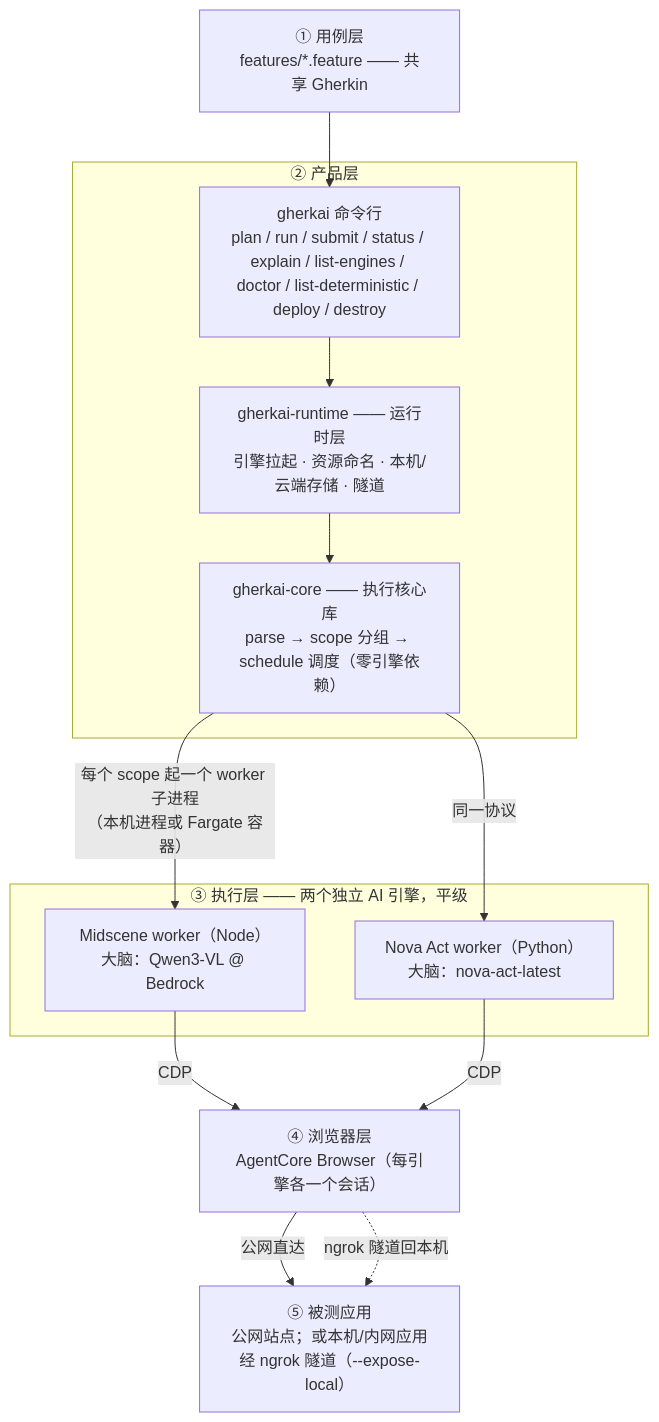
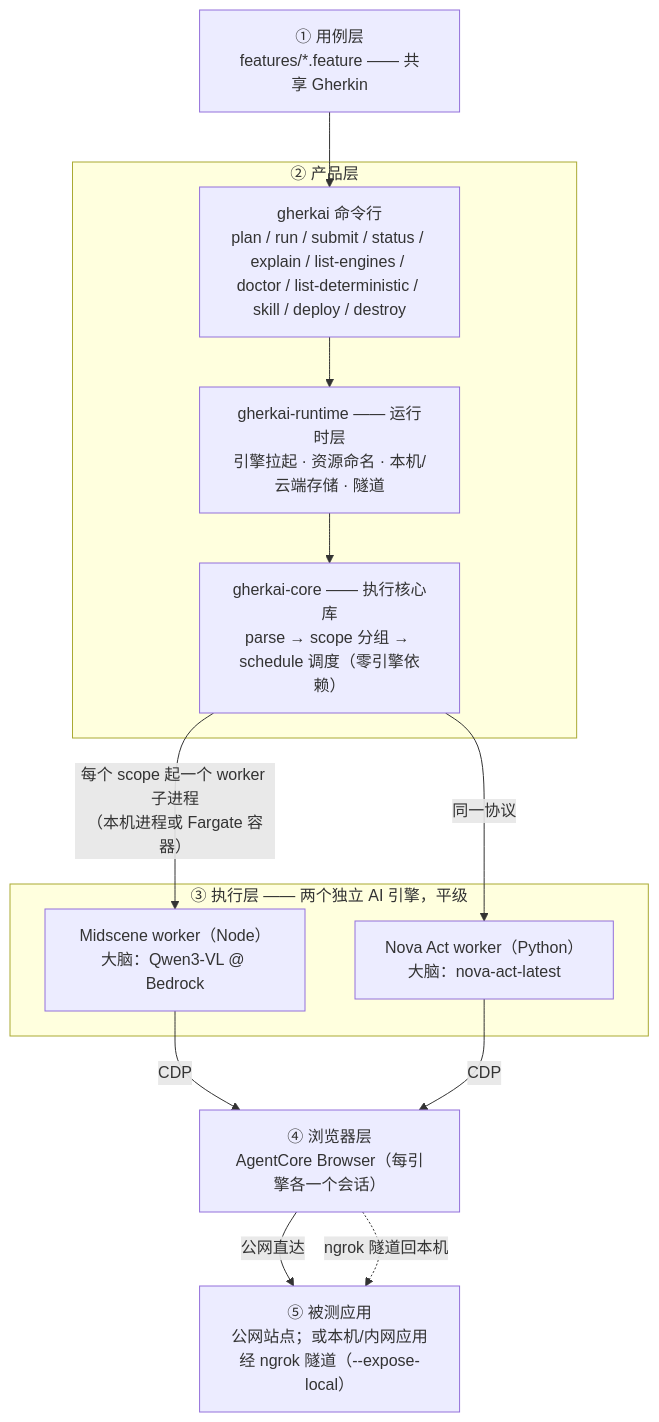
One commit to zhiyanliu/gherkai changed the diagram in README.md. Above: the diagram before and after it, drawn with Mermaid. The commit also changed 51 other files, not shown here.

````diff
--- a/README.md
+++ b/README.md
@@ -27,27 +27,27 @@
 ```mermaid
 flowchart TD
     F["① 用例层<br/>features/*.feature —— 共享 Gherkin"]
 
     subgraph L2["② 产品层"]
-        CLI["gherkai 命令行<br/>plan / run / submit / status / explain / list-engines / doctor / list-deterministic / deploy / destroy"]
+        CLI["gherkai 命令行<br/>plan / run / submit / status / explain / list-engines / doctor / list-deterministic / skill / deploy / destroy"]
         G["gherkai-runtime —— 运行时层<br/>引擎拉起 · 资源命名 · 本机/云端存储 · 隧道"]
         C["gherkai-core —— 执行核心库<br/>parse → scope 分组 → schedule 调度（零引擎依赖）"]
         CLI --> G --> C
     end
 
     subgraph L3["③ 执行层 —— 两个独立 AI 引擎，平级"]
         M["Midscene worker（Node）<br/>大脑：Qwen3-VL @ Bedrock"]
         N["Nova Act worker（Python）<br/>大脑：nova-act-latest"]
     end
 
     B["④ 浏览器层<br/>AgentCore Browser（每引擎各一个会话）"]
     APP["⑤ 被测应用<br/>公网站点；或本机/内网应用经 ngrok 隧道（--expose-local）"]
 
     F --> CLI
     C -- "每个 scope 起一个 worker 子进程<br/>（本机进程或 Fargate 容器）" --> M
     C -- " 同一协议 " --> N
     M -- CDP --> B
     N -- CDP --> B
     B -- " 公网直达 " --> APP
     B -. "ngrok 隧道回本机" .-> APP
 ```
````
